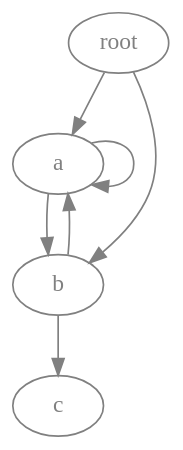
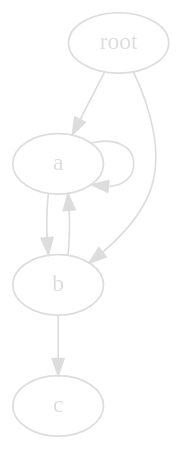
Before and after one commit to fooyou/Exercise: the diagram in python/pygraphviz/pickle.dot, drawn with Graphviz. The commit also changed 20 other files, not shown here.

```diff
--- a/python/pygraphviz/pickle.dot
+++ b/python/pygraphviz/pickle.dot
@@ -1,11 +1,12 @@
 digraph complex {
     bgcolor="transparent";
-    node [color="gray" fontcolor="gray"];
+    # bgcolor="#282828";
+    node [color="#dddddd" fontcolor="#dddddd"];
     
-    root -> a [color="gray"];
-    root -> b [color="gray"];
-    a -> b [color="gray"];
-    a -> a [color="gray"];
-    b -> c [color="gray"];
-    b -> a [color="gray"];
+    root -> a [color="#dddddd"];
+    root -> b [color="#dddddd"];
+    a -> b [color="#dddddd"];
+    a -> a [color="#dddddd"];
+    b -> c [color="#dddddd"];
+    b -> a [color="#dddddd"];
 }
```
